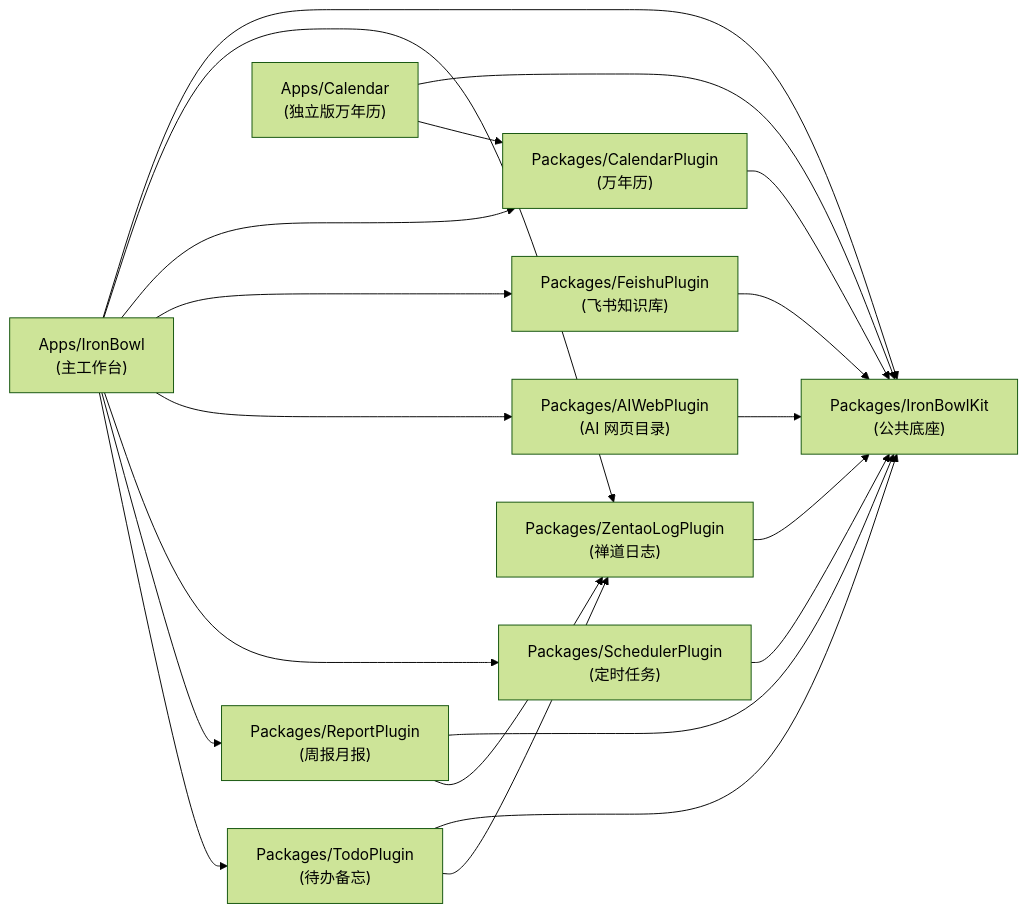
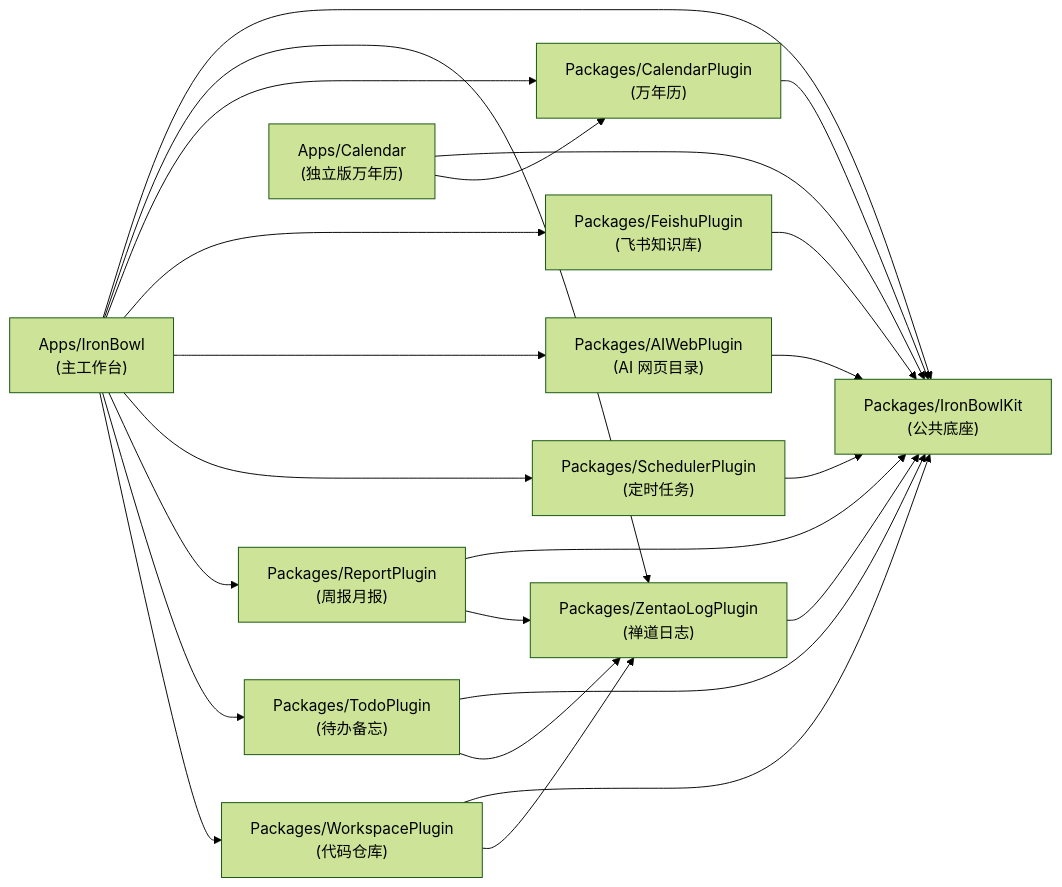
One commit to taopaox/IronBowl changed the diagram in docs/architecture/overview.md. Above: the diagram before and after it, drawn with Mermaid (forest theme). The commit also changed other lines of this file and 12 other files, not shown here.

````diff
--- a/docs/architecture/overview.md
+++ b/docs/architecture/overview.md
@@ -18,24 +18,27 @@
 ```mermaid
 flowchart LR
     IronBowl["Apps/IronBowl<br/>(主工作台)"] --> IronBowlKit["Packages/IronBowlKit<br/>(公共底座)"]
     IronBowl --> ZentaoLogPlugin["Packages/ZentaoLogPlugin<br/>(禅道日志)"]
     IronBowl --> CalendarPlugin["Packages/CalendarPlugin<br/>(万年历)"]
     IronBowl --> FeishuPlugin["Packages/FeishuPlugin<br/>(飞书知识库)"]
     IronBowl --> AIWebPlugin["Packages/AIWebPlugin<br/>(AI 网页目录)"]
     IronBowl --> SchedulerPlugin["Packages/SchedulerPlugin<br/>(定时任务)"]
     IronBowl --> ReportPlugin["Packages/ReportPlugin<br/>(周报月报)"]
     IronBowl --> TodoPlugin["Packages/TodoPlugin<br/>(待办备忘)"]
+    IronBowl --> WorkspacePlugin["Packages/WorkspacePlugin<br/>(代码仓库)"]
 
     CalendarApp["Apps/Calendar<br/>(独立版万年历)"] --> IronBowlKit
     CalendarApp --> CalendarPlugin
 
     ZentaoLogPlugin --> IronBowlKit
     CalendarPlugin --> IronBowlKit
     FeishuPlugin --> IronBowlKit
     AIWebPlugin --> IronBowlKit
     SchedulerPlugin --> IronBowlKit
     ReportPlugin --> IronBowlKit
     ReportPlugin --> ZentaoLogPlugin
     TodoPlugin --> IronBowlKit
     TodoPlugin --> ZentaoLogPlugin
+    WorkspacePlugin --> IronBowlKit
+    WorkspacePlugin --> ZentaoLogPlugin
 ```
````
